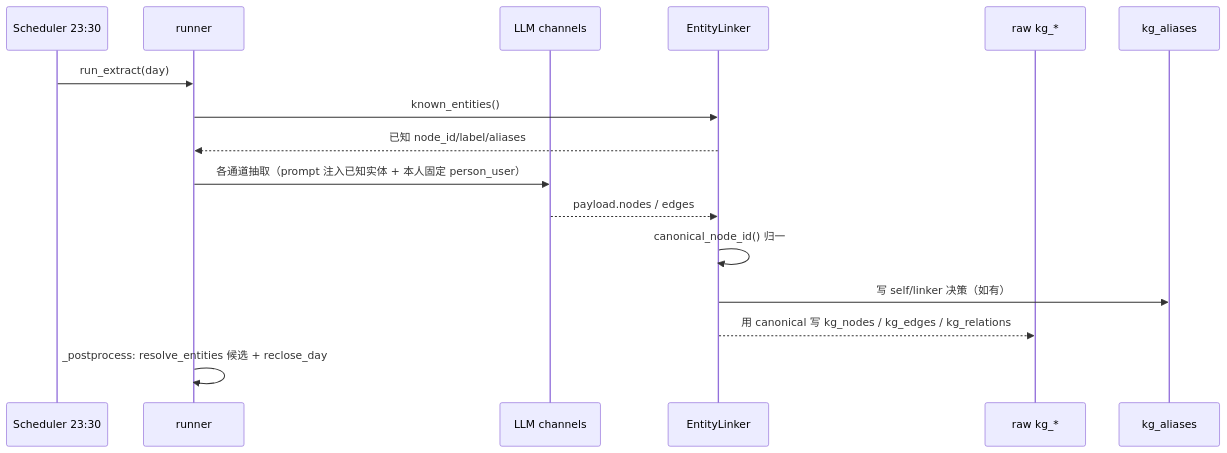
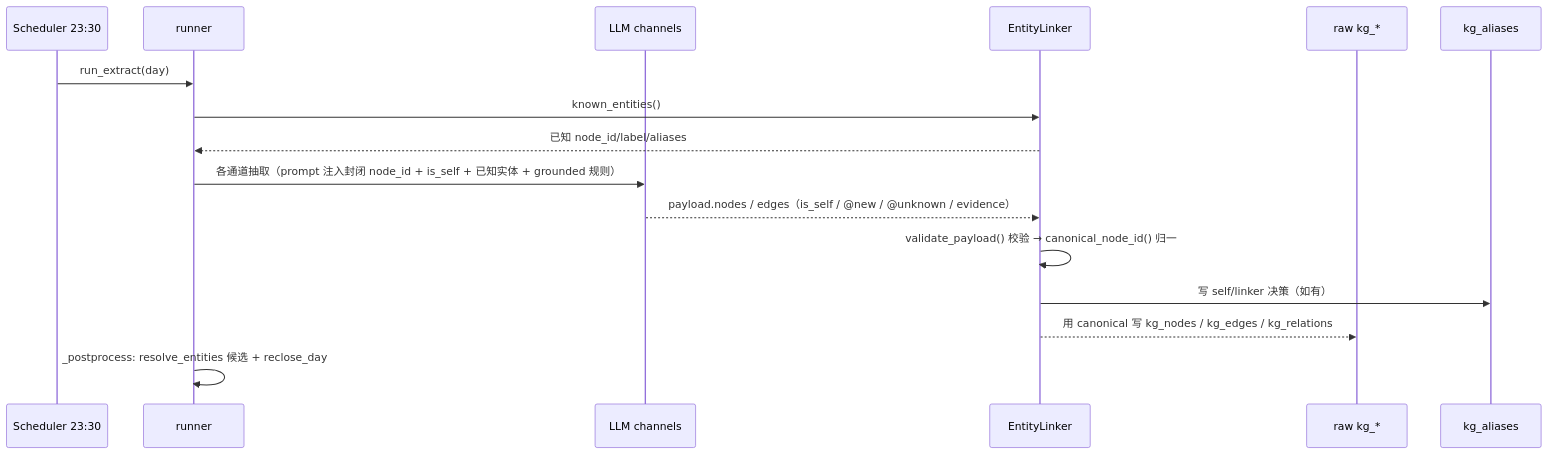
Before and after one commit to weweaq/monoRepo: the third of 5 diagrams in apps/withlanggraph/docs/kg-entity-registry-design.md, drawn with Mermaid. The commit also changed other lines of this file and 4 other files, not shown here.

Commit message:
docs(withlanggraph): eval-loop triple sync - ROADMAP/tech/architecture-flow/spec; fix architecture-flow 600 chars to 6000 bytes per QQ segment (dec 24-41)

````diff
--- a/apps/withlanggraph/docs/kg-entity-registry-design.md
+++ b/apps/withlanggraph/docs/kg-entity-registry-design.md
@@ -526,19 +628,19 @@
 ```mermaid
 sequenceDiagram
   participant S as Scheduler 23:30
   participant R as runner
   participant L as LLM channels
   participant K as EntityLinker
   participant RAW as raw kg_*
   participant A as kg_aliases
 
   S->>R: run_extract(day)
   R->>K: known_entities()
   K-->>R: 已知 node_id/label/aliases
-  R->>L: 各通道抽取（prompt 注入已知实体 + 本人固定 person_user）
-  L-->>K: payload.nodes / edges
-  K->>K: canonical_node_id() 归一
+  R->>L: 各通道抽取（prompt 注入封闭 node_id + is_self + 已知实体 + grounded 规则）
+  L-->>K: payload.nodes / edges（is_self / @new / @unknown / evidence）
+  K->>K: validate_payload() 校验 → canonical_node_id() 归一
   K->>A: 写 self/linker 决策（如有）
   K-->>RAW: 用 canonical 写 kg_nodes / kg_edges / kg_relations
   R->>R: _postprocess: resolve_entities 候选 + reclose_day
 ```
````
